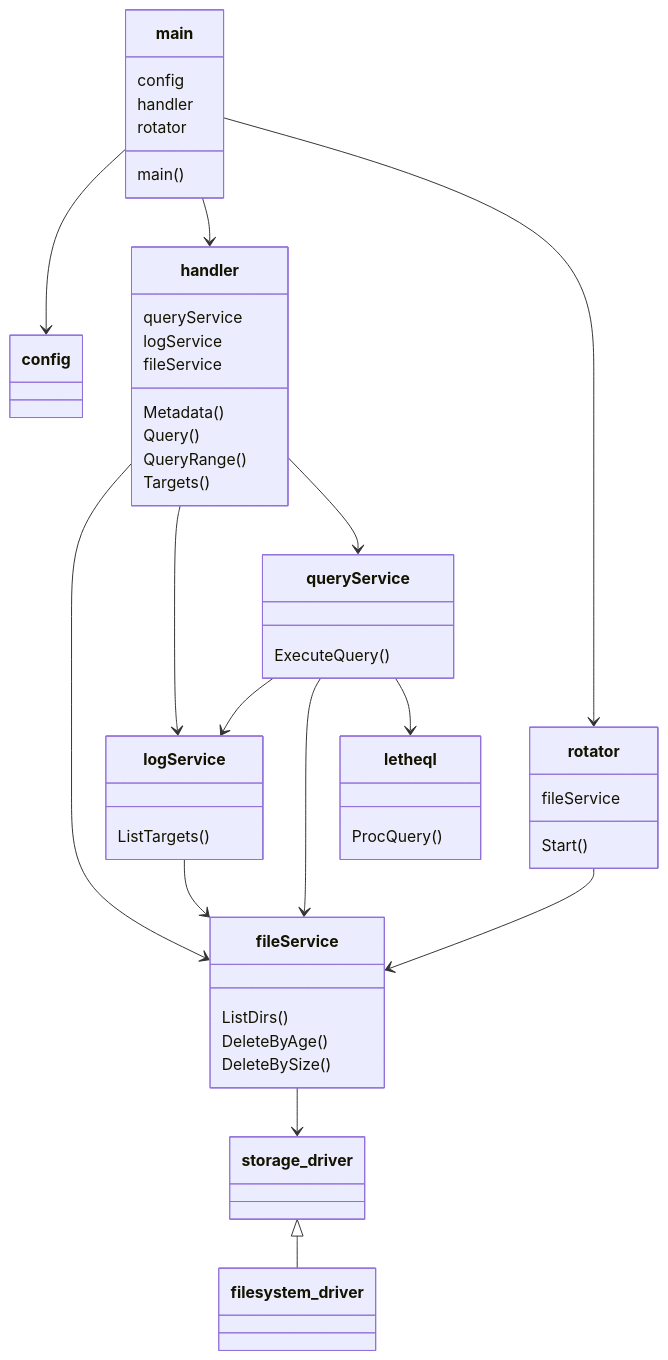
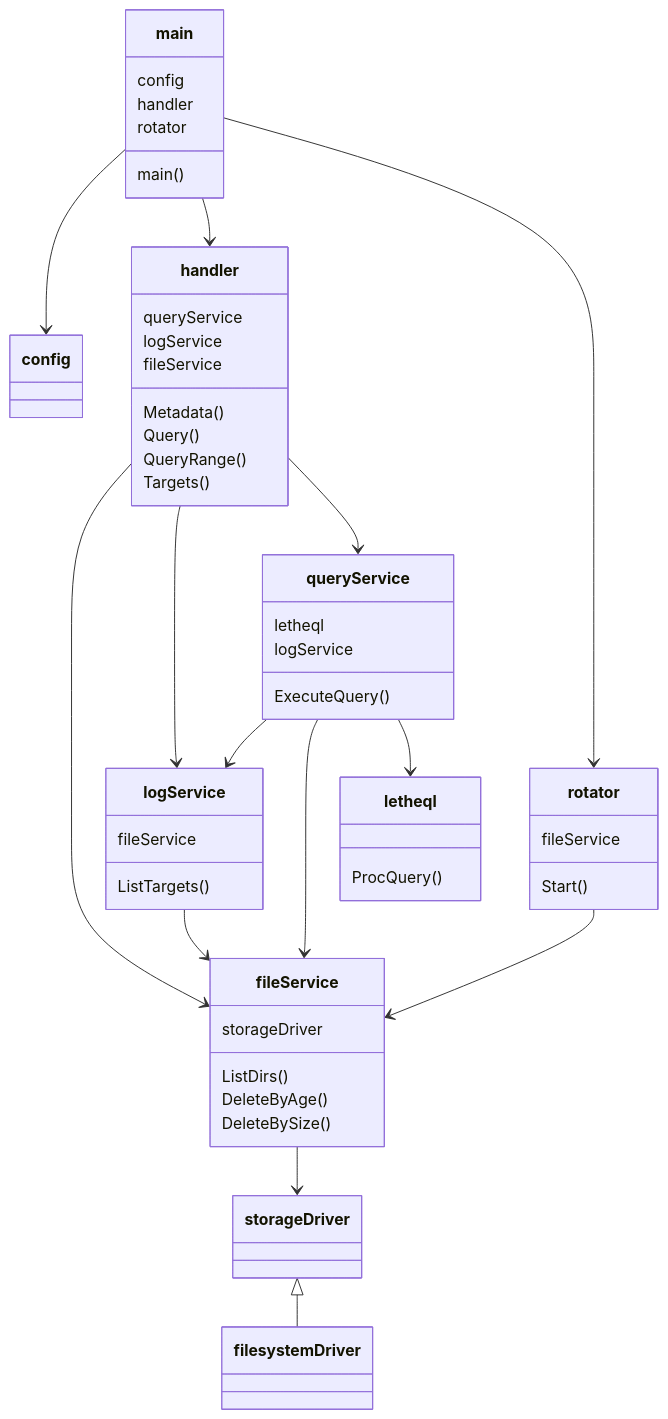
Before and after one commit to kuoss/lethe: the diagram in docs/diagram.md, drawn with Mermaid.

````diff
--- a/docs/diagram.md
+++ b/docs/diagram.md
@@ -1,61 +1,65 @@
 ```mermaid
 classDiagram
 
 main --> config
 main --> handler
 main --> rotator
 
 handler --> fileService
 handler --> logService
 handler --> queryService
 rotator --> fileService
 
 queryService --> logService
 queryService --> fileService
 queryService --> letheql
 logService --> fileService
-fileService --> storage_driver
+fileService --> storageDriver
 
-storage_driver <|-- filesystem_driver
+storageDriver <|-- filesystemDriver
 
 class main {
     config
     handler
     rotator
     main()
 }
 
 class rotator {
     fileService
     Start()
 }
 
 class handler {
     queryService
     logService
     fileService
     Metadata()
     Query()
     QueryRange()
     Targets()
 }
 
 class queryService {
+    letheql
+    logService
     ExecuteQuery()
 }
 
 class logService {
+    fileService
     ListTargets()
 }
 
 class fileService {
+    storageDriver
     ListDirs()
     DeleteByAge()
     DeleteBySize()
 }
 
 
 class letheql {
     ProcQuery()
 }
 ```
````
